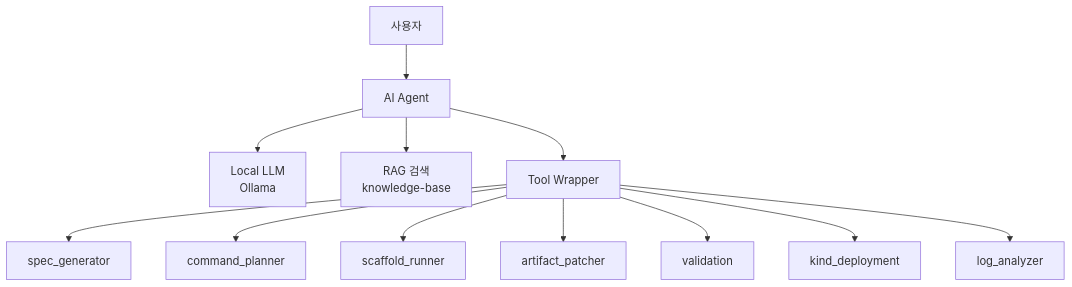
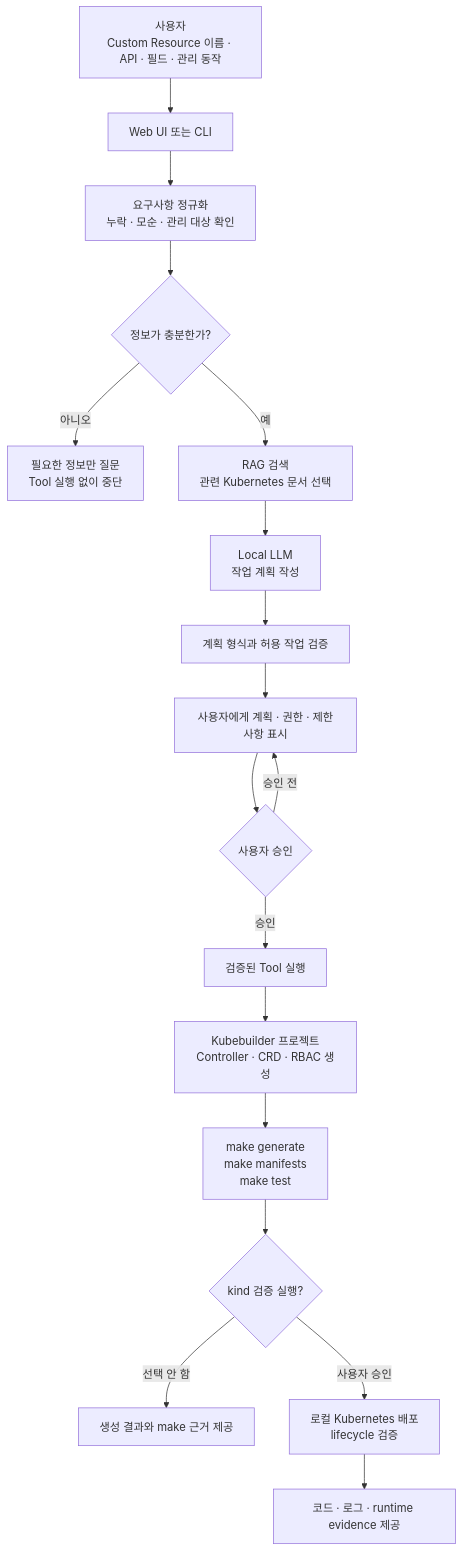
One commit to kuashi17/k8sagent changed the first of 4 diagrams in docs/visual-overview.md. Above: the diagram before and after it, drawn with Mermaid. The commit also changed other lines of this file, not shown here.

````diff
--- a/docs/visual-overview.md
+++ b/docs/visual-overview.md
@@ -30,14 +7,20 @@
 ```mermaid
 flowchart TD
-    U["사용자"] --> A["AI Agent"]
-    A --> L["Local LLM<br/>Ollama"]
-    A --> R["RAG 검색<br/>knowledge-base"]
-    A --> W["Tool Wrapper"]
-    W --> T1["spec_generator"]
-    W --> T2["command_planner"]
-    W --> T3["scaffold_runner"]
-    W --> T4["artifact_patcher"]
-    W --> T5["validation"]
-    W --> T6["kind_deployment"]
-    W --> T7["log_analyzer"]
+    U["사용자<br/>Custom Resource 이름 · API · 필드 · 관리 동작"] --> UI["Web UI 또는 CLI"]
+    UI --> N["요구사항 정규화<br/>누락 · 모순 · 관리 대상 확인"]
+    N --> Q{"정보가 충분한가?"}
+    Q -->|아니오| C["필요한 정보만 질문<br/>Tool 실행 없이 중단"]
+    Q -->|예| R["RAG 검색<br/>관련 Kubernetes 문서 선택"]
+    R --> L["Local LLM<br/>작업 계획 작성"]
+    L --> P["계획 형식과 허용 작업 검증"]
+    P --> V["사용자에게 계획 · 권한 · 제한사항 표시"]
+    V --> A{"사용자 승인"}
+    A -->|승인 전| V
+    A -->|승인| T["검증된 Tool 실행"]
+    T --> G["Kubebuilder 프로젝트<br/>Controller · CRD · RBAC 생성"]
+    G --> M["make generate<br/>make manifests<br/>make test"]
+    M --> K{"kind 검증 실행?"}
+    K -->|선택 안 함| O["생성 결과와 make 근거 제공"]
+    K -->|사용자 승인| D["로컬 Kubernetes 배포<br/>lifecycle 검증"]
+    D --> O2["코드 · 로그 · runtime evidence 제공"]
 ```
````
